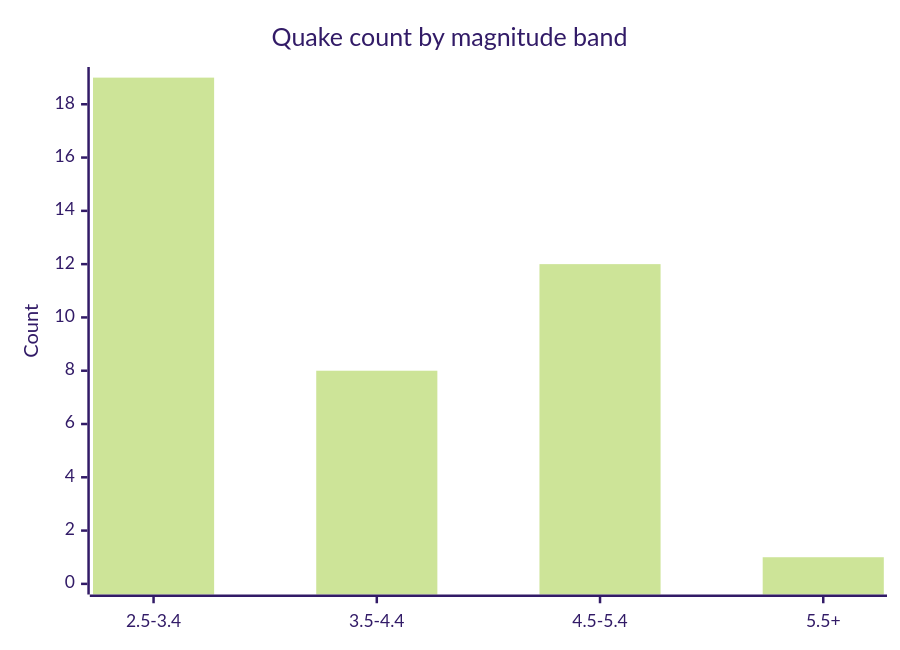
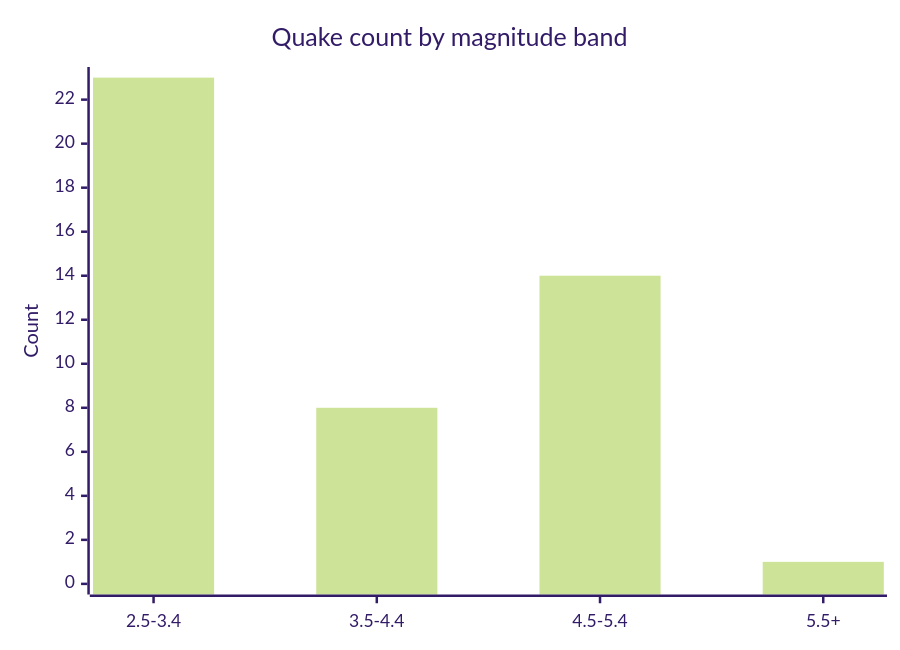
One commit to Midwest-Stratospheric/aerostratospheric-defense-gir changed the fifth of 6 diagrams in docs/GRAPHS.md. Above: the diagram before and after it, drawn with Mermaid (forest theme). The commit also changed other lines of this file and 23 other files, not shown here.

````diff
--- a/docs/GRAPHS.md
+++ b/docs/GRAPHS.md
@@ -82,7 +82,7 @@
 ```mermaid
 xychart-beta
   title "Quake count by magnitude band"
   x-axis ["2.5-3.4", "3.5-4.4", "4.5-5.4", "5.5+"]
-  y-axis "Count" 0 --> 19
-  bar [19, 8, 12, 1]
+  y-axis "Count" 0 --> 23
+  bar [23, 8, 14, 1]
 ```
````
